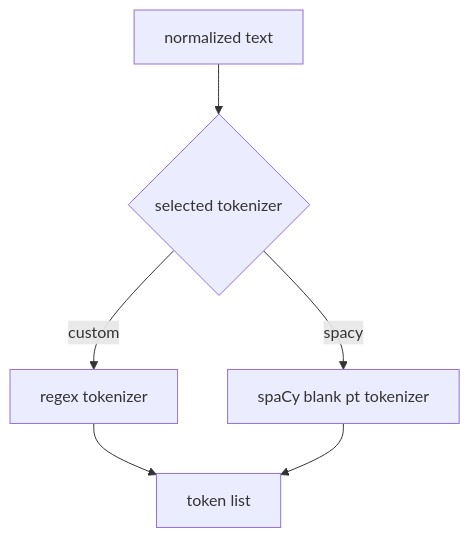
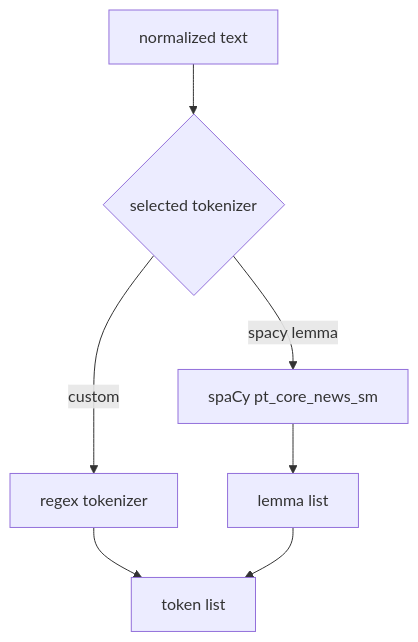
The fourth of 9 diagrams in docs/pipeline-processes.md (vicmcorrea/PLN-core), drawn with Mermaid before and after one commit. The commit also changed other lines of this file and 13 other files, not shown here.

````diff
--- a/docs/pipeline-processes.md
+++ b/docs/pipeline-processes.md
@@ -101,8 +101,9 @@
 ```mermaid
 flowchart TD
     A[normalized text] --> B{selected tokenizer}
     B -->|custom| C[regex tokenizer]
-    B -->|spacy| D[spaCy blank pt tokenizer]
+    B -->|spacy lemma| D[spaCy pt_core_news_sm]
     C --> E[token list]
-    D --> E[token list]
+    D --> F[lemma list]
+    F --> E
 ```
````
